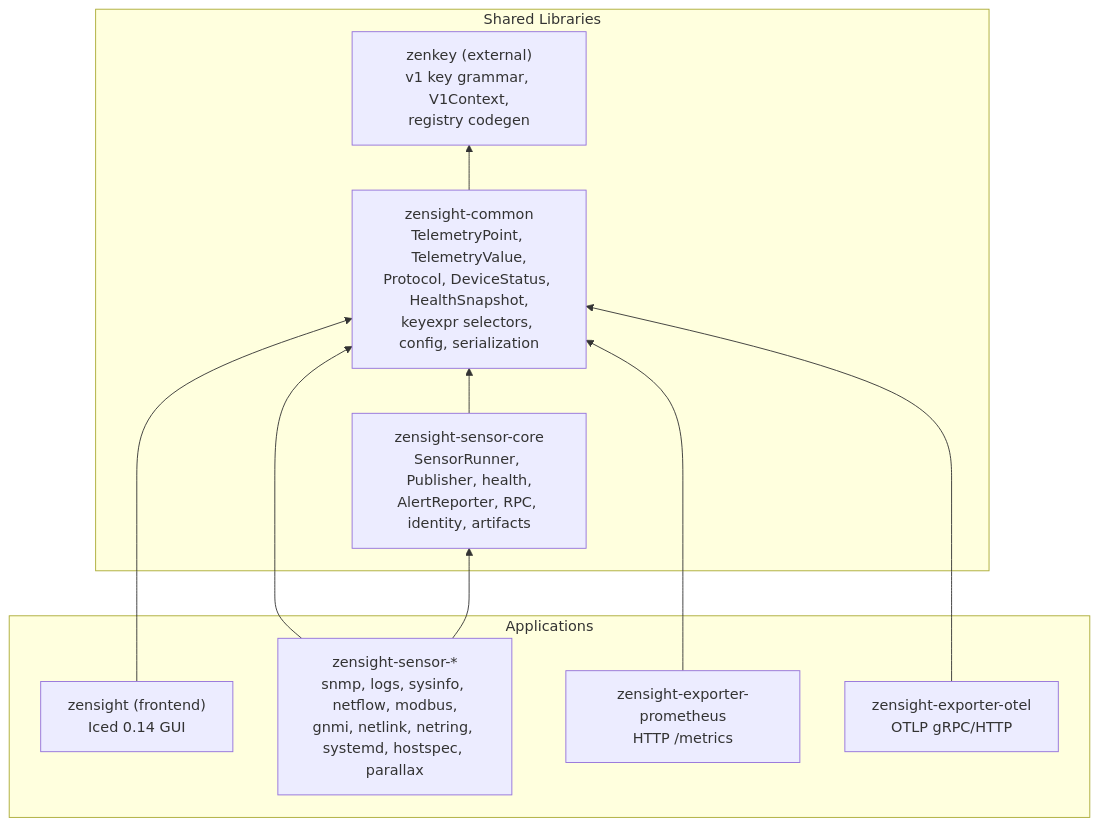
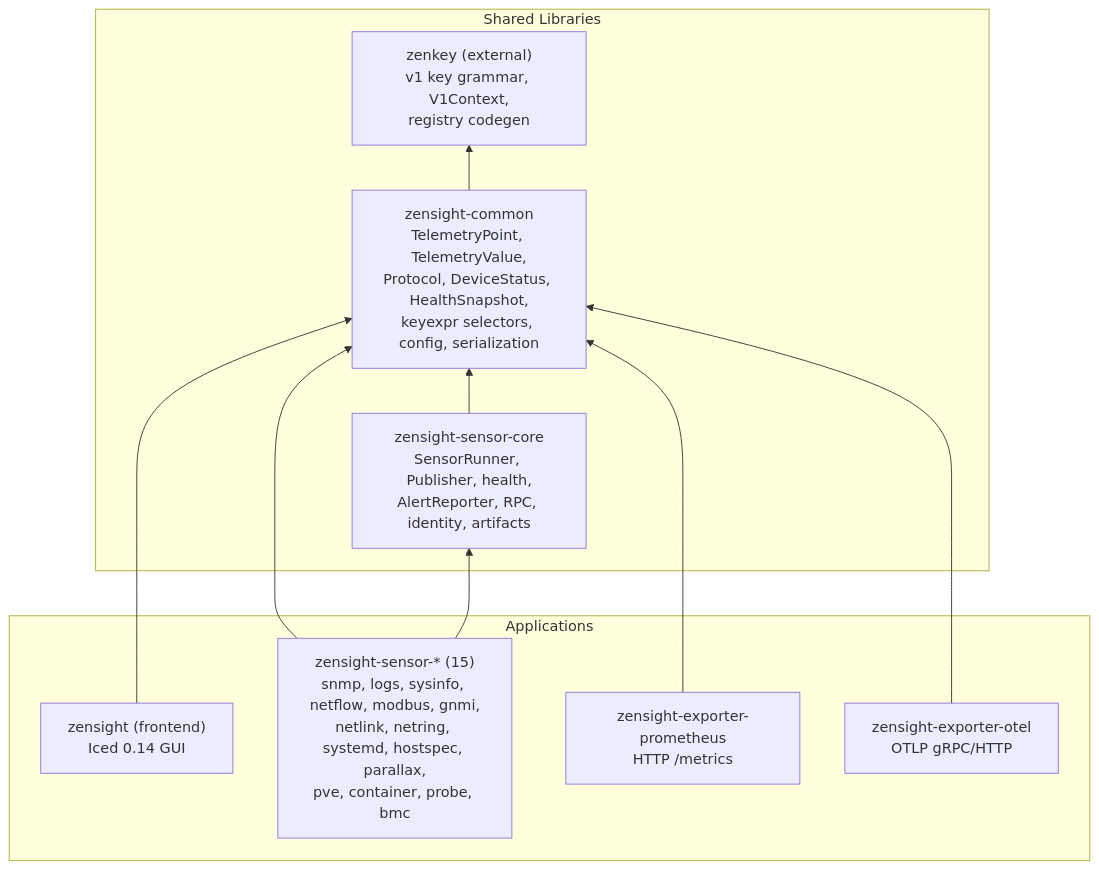
One commit to p13marc/zensight changed the second of 8 diagrams in docs/ARCHITECTURE.md. Above: the diagram before and after it, drawn with Mermaid. The commit also changed other lines of this file and 15 other files, not shown here.

````diff
--- a/docs/ARCHITECTURE.md
+++ b/docs/ARCHITECTURE.md
@@ -131,24 +131,24 @@
 ```mermaid
 flowchart BT
     subgraph Shared["Shared Libraries"]
         Keyspace["zenkey (external)<br/>v1 key grammar, V1Context,<br/>registry codegen"]
         Common["zensight-common<br/>TelemetryPoint, TelemetryValue,<br/>Protocol, DeviceStatus, HealthSnapshot,<br/>keyexpr selectors, config, serialization"]
         Core["zensight-sensor-core<br/>SensorRunner, Publisher, health,<br/>AlertReporter, RPC, identity, artifacts"]
     end
 
     Common --> Keyspace
     Core --> Common
 
     subgraph Apps["Applications"]
         Frontend["zensight (frontend)<br/>Iced 0.14 GUI"]
-        SensorApps["zensight-sensor-*<br/>snmp, logs, sysinfo, netflow, modbus,<br/>gnmi, netlink, netring, systemd, hostspec, parallax"]
+        SensorApps["zensight-sensor-* (15)<br/>snmp, logs, sysinfo, netflow, modbus, gnmi,<br/>netlink, netring, systemd, hostspec, parallax,<br/>pve, container, probe, bmc"]
         PromExp["zensight-exporter-prometheus<br/>HTTP /metrics"]
         OtelExp["zensight-exporter-otel<br/>OTLP gRPC/HTTP"]
     end
 
     Frontend --> Common
     SensorApps --> Common
     SensorApps --> Core
     PromExp --> Common
     OtelExp --> Common
 ```
````
